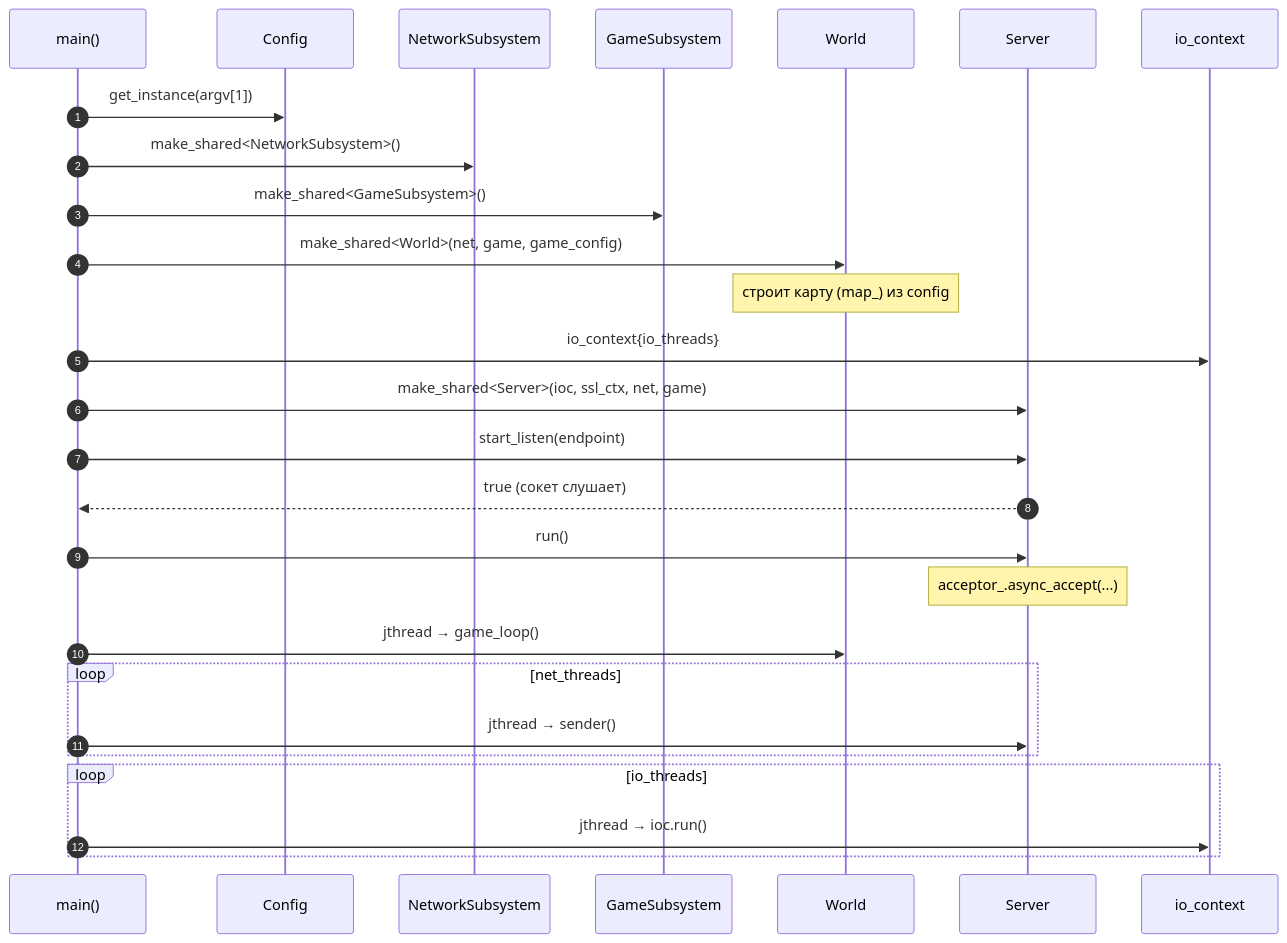
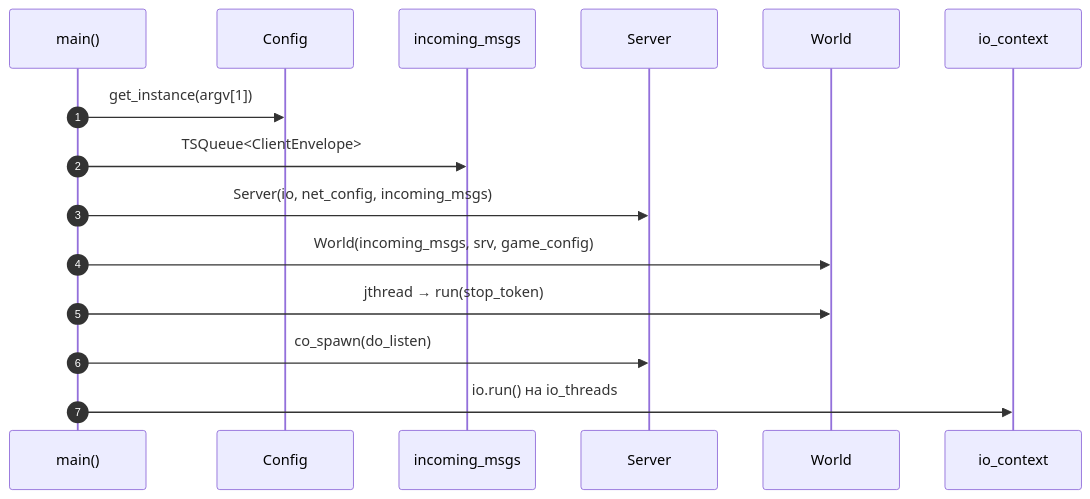
One commit to litcxx/Game changed the first of 3 diagrams in server/docs/sequence-diagram.md. Above: the diagram before and after it, drawn with Mermaid. The commit also changed other lines of this file and 55 other files, not shown here.

First line of the commit message:
refactor(server): protobuf + coroutine net layer, World skeleton

````diff
--- a/server/docs/sequence-diagram.md
+++ b/server/docs/sequence-diagram.md
@@ -42,32 +25,18 @@
 ```mermaid
 sequenceDiagram
     autonumber
     participant main as main()
     participant cfg as Config
-    participant net as NetworkSubsystem
-    participant game as GameSubsystem
+    participant q as incoming_msgs
+    participant srv as Server
     participant world as World
-    participant srv as Server
-    participant ioc as io_context
+    participant io as io_context
 
     main->>cfg: get_instance(argv[1])
-    main->>net: make_shared<NetworkSubsystem>()
-    main->>game: make_shared<GameSubsystem>()
-    main->>world: make_shared<World>(net, game, game_config)
-    note over world: строит карту (map_) из config
-
-    main->>ioc: io_context{io_threads}
-    main->>srv: make_shared<Server>(ioc, ssl_ctx, net, game)
-    main->>srv: start_listen(endpoint)
-    srv-->>main: true (сокет слушает)
-    main->>srv: run()
-    note over srv: acceptor_.async_accept(...)
-
-    main->>world: jthread → game_loop()
-    loop net_threads
-        main->>srv: jthread → sender()
-    end
-    loop io_threads
-        main->>ioc: jthread → ioc.run()
-    end
+    main->>q: TSQueue#lt;ClientEnvelope#gt;
+    main->>srv: Server(io, net_config, incoming_msgs)
+    main->>world: World(incoming_msgs, srv, game_config)
+    main->>world: jthread → run(stop_token)
+    main->>srv: co_spawn(do_listen)
+    main->>io: io.run() на io_threads
 ```
````
